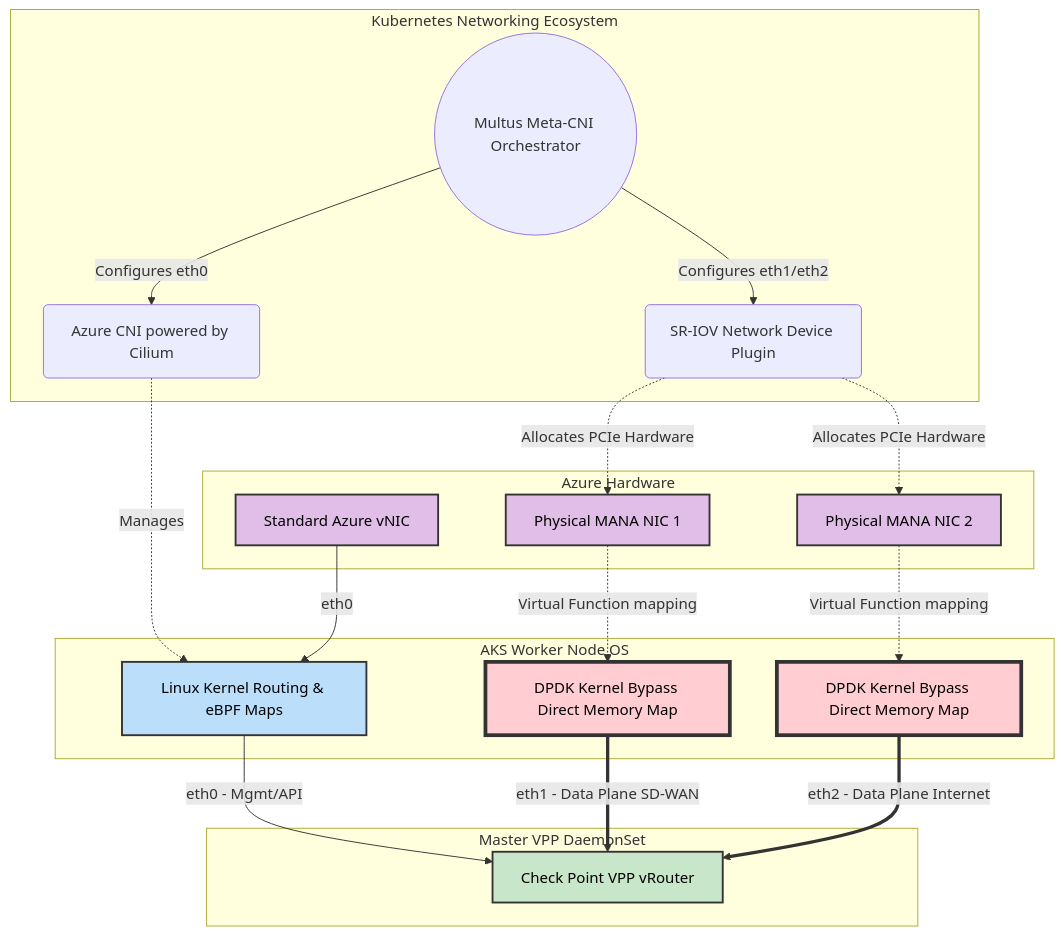
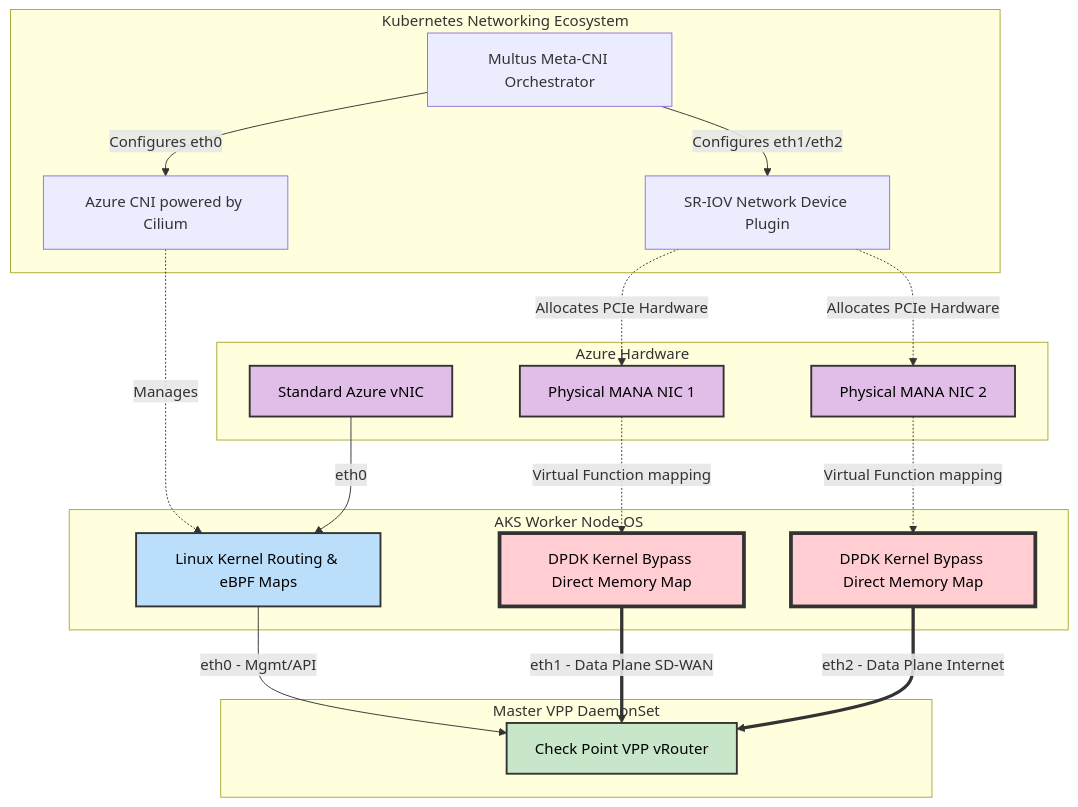
Before and after one commit to roie9876/SASE: the diagram in azure_aks_cni_architecture.md, drawn with Mermaid.

Commit message:
docs: fix Mermaid diagram rendering overlap for Multus node

````diff
--- a/azure_aks_cni_architecture.md
+++ b/azure_aks_cni_architecture.md
@@ -16,44 +16,44 @@
 ```mermaid
 graph TD
     classDef hardware fill:#e1bee7,stroke:#333,stroke-width:2px,color:#000
     classDef kernel fill:#bbdefb,stroke:#333,stroke-width:2px,color:#000
     classDef bypass fill:#ffcdd2,stroke:#333,stroke-width:4px,color:#000
     classDef container fill:#c8e6c9,stroke:#333,stroke-width:2px,color:#000
 
     subgraph Azure Hardware
         NIC0[Standard Azure vNIC]:::hardware
         NIC1[Physical MANA NIC 1]:::hardware
         NIC2[Physical MANA NIC 2]:::hardware
     end
 
     subgraph AKS Worker Node OS
         KERNEL[Linux Kernel Routing & eBPF Maps]:::kernel
         DPDK1[DPDK Kernel Bypass Direct Memory Map]:::bypass
         DPDK2[DPDK Kernel Bypass Direct Memory Map]:::bypass
         
         NIC0 -->|eth0| KERNEL
         NIC1 -.->|Virtual Function mapping| DPDK1
         NIC2 -.->|Virtual Function mapping| DPDK2
     end
 
     subgraph Master VPP DaemonSet
         VPP[Check Point VPP vRouter]:::container
         
         KERNEL -->|eth0 - Mgmt/API| VPP
         DPDK1 ==>|eth1 - Data Plane SD-WAN| VPP
         DPDK2 ==>|eth2 - Data Plane Internet| VPP
     end
 
     subgraph Kubernetes Networking Ecosystem
-        MULTUS((Multus Meta-CNI Orchestrator))
-        AZURE_CNI(Azure CNI powered by Cilium)
-        SRIOV(SR-IOV Network Device Plugin)
+        MULTUS[Multus Meta-CNI Orchestrator]
+        AZURE_CNI[Azure CNI powered by Cilium]
+        SRIOV[SR-IOV Network Device Plugin]
         
         MULTUS -->|Configures eth0| AZURE_CNI
         MULTUS -->|Configures eth1/eth2| SRIOV
         
         AZURE_CNI -.->|Manages| KERNEL
         SRIOV -.->|Allocates PCIe Hardware| NIC1
         SRIOV -.->|Allocates PCIe Hardware| NIC2
     end
 ```
````
